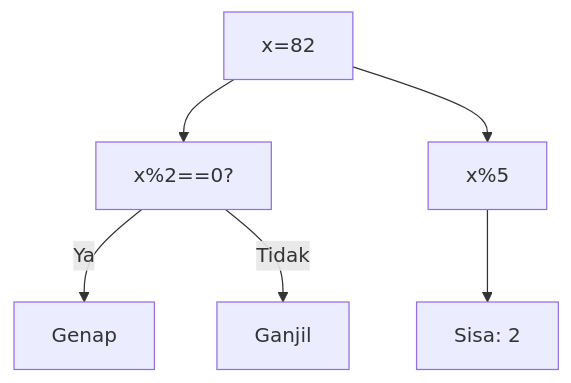
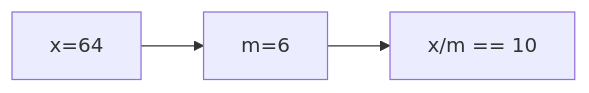
Before and after one commit to amnahwaida/OSNK_INF_PREP: diagram 14 of 25 in part-c-pemahaman-cpp/01-tipe-data/latihan/set-12.md, drawn with Mermaid. The commit also changed other lines of this file and 71 other files, not shown here.

````diff
--- a/part-c-pemahaman-cpp/01-tipe-data/latihan/set-12.md
+++ b/part-c-pemahaman-cpp/01-tipe-data/latihan/set-12.md
@@ -335,8 +375,5 @@
 ```mermaid
-graph TD
-A["x=82"] --> B["x%2==0?"]
-B -- Ya --> C["Genap"]
-B -- Tidak --> D["Ganjil"]
-A --> E["x%5"]
-E --> F["Sisa: 2"]
+graph LR
+A["x=64"] --> B["m=6"]
+B --> C["x/m == 10"]
 ```
````
